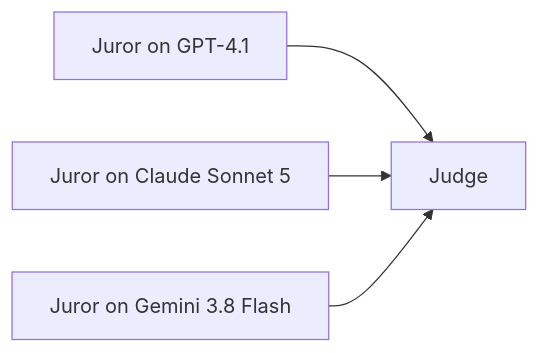
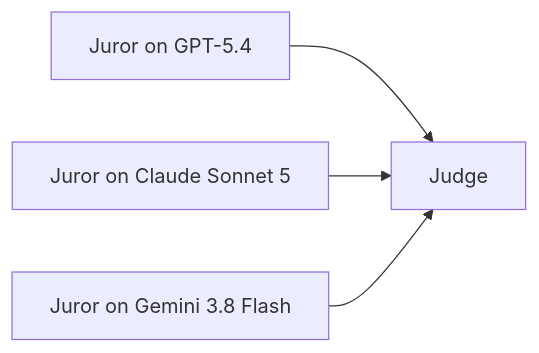
One commit to The-Swarm-Corporation/swarms-website changed the ninth of 15 diagrams in content/blog/migrating-from-langgraph-to-swarms.mdx. Above: the diagram before and after it, drawn with Mermaid. The commit also changed other lines of this file and 40 other files, not shown here.

````diff
--- a/content/blog/migrating-from-langgraph-to-swarms.mdx
+++ b/content/blog/migrating-from-langgraph-to-swarms.mdx
@@ -799,6 +799,6 @@
 ```mermaid
 graph LR
-    G["Juror on GPT-4.1"] --> J[Judge]
+    G["Juror on GPT-5.4"] --> J[Judge]
     C["Juror on Claude Sonnet 5"] --> J
     M["Juror on Gemini 3.8 Flash"] --> J
 ```
````
